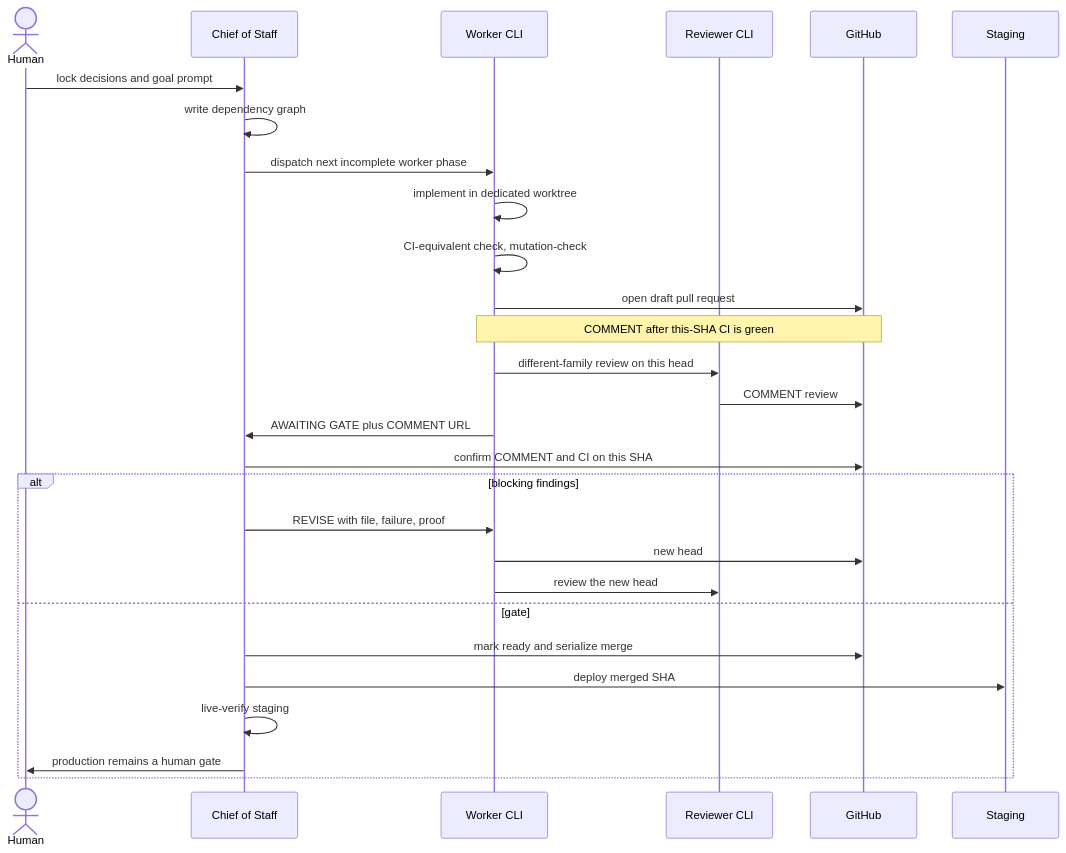
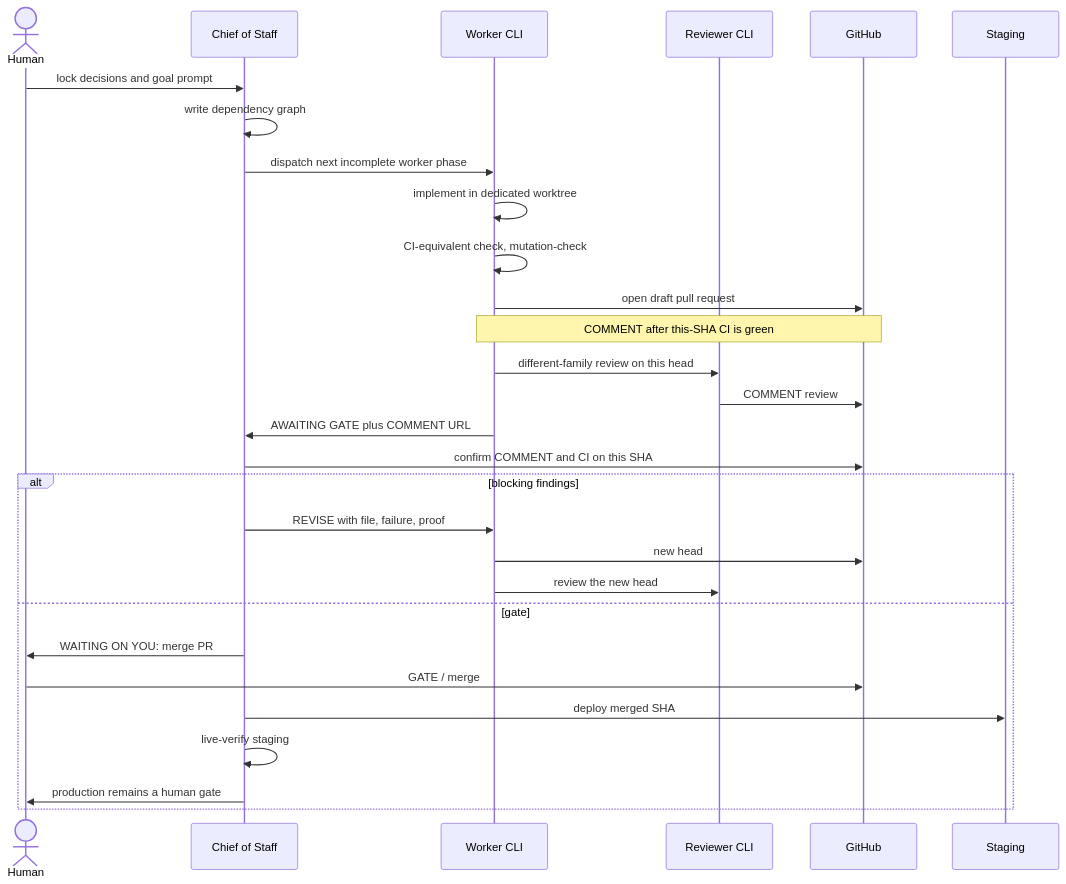
One commit to cortex-mesh/controller-playbook changed the second of 2 diagrams in docs/architecture.md. Above: the diagram before and after it, drawn with Mermaid. The commit also changed other lines of this file and 9 other files, not shown here.

First line of the commit message:
docs: align GATE merge with WAITING ON YOU and keep a reminder

````diff
--- a/docs/architecture.md
+++ b/docs/architecture.md
@@ -59,31 +59,32 @@
 ```mermaid
 sequenceDiagram
   actor Human
   participant CoS as Chief of Staff
   participant Worker as Worker CLI
   participant Rev as Reviewer CLI
   participant GH as GitHub
   participant Stage as Staging
 
   Human->>CoS: lock decisions and goal prompt
   CoS->>CoS: write dependency graph
   CoS->>Worker: dispatch next incomplete worker phase
   Worker->>Worker: implement in dedicated worktree
   Worker->>Worker: CI-equivalent check, mutation-check
   Worker->>GH: open draft pull request
   Note over Worker,GH: COMMENT after this-SHA CI is green
   Worker->>Rev: different-family review on this head
   Rev->>GH: COMMENT review
   Worker->>CoS: AWAITING GATE plus COMMENT URL
   CoS->>GH: confirm COMMENT and CI on this SHA
   alt blocking findings
     CoS->>Worker: REVISE with file, failure, proof
     Worker->>GH: new head
     Worker->>Rev: review the new head
   else gate
-    CoS->>GH: mark ready and serialize merge
+    CoS->>Human: WAITING ON YOU: merge PR
+    Human->>GH: GATE / merge
     CoS->>Stage: deploy merged SHA
     CoS->>CoS: live-verify staging
     CoS->>Human: production remains a human gate
   end
 ```
````
